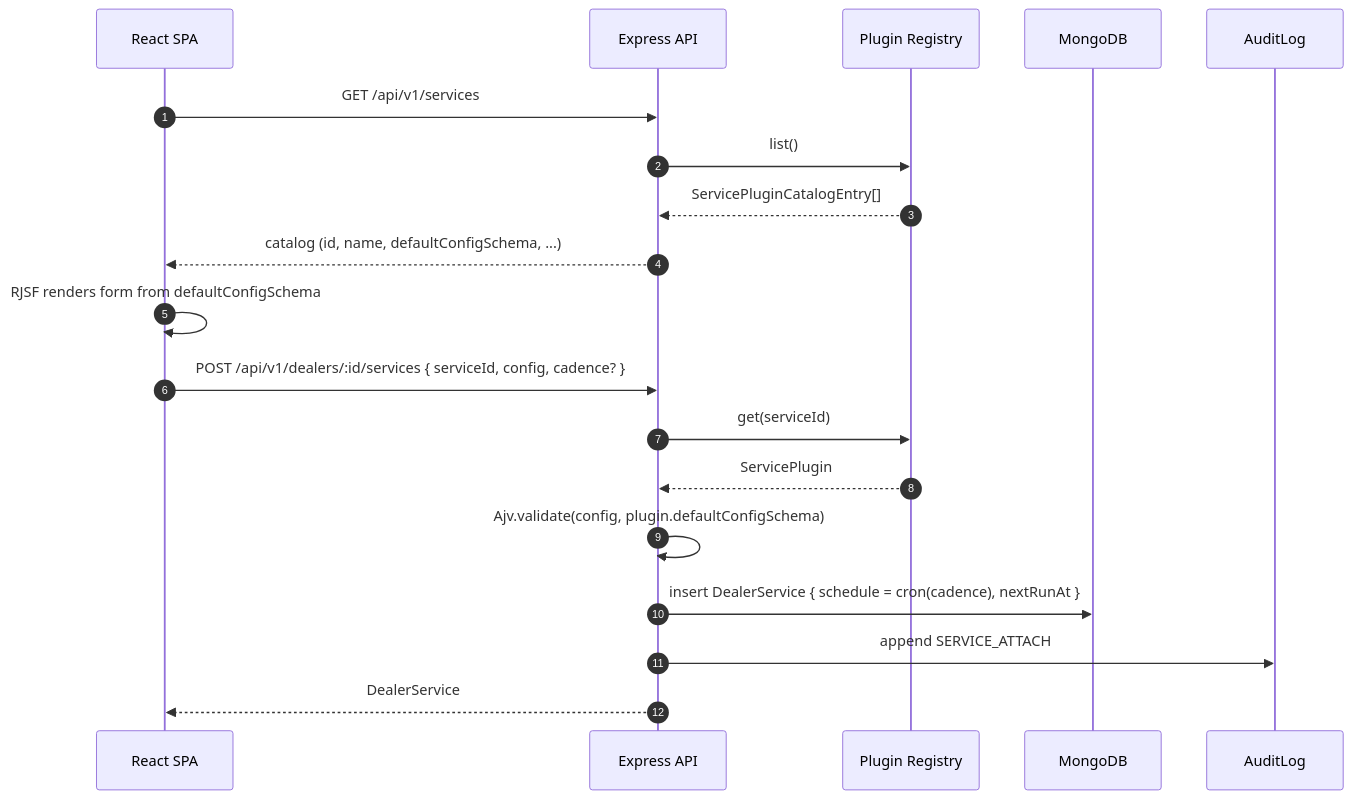
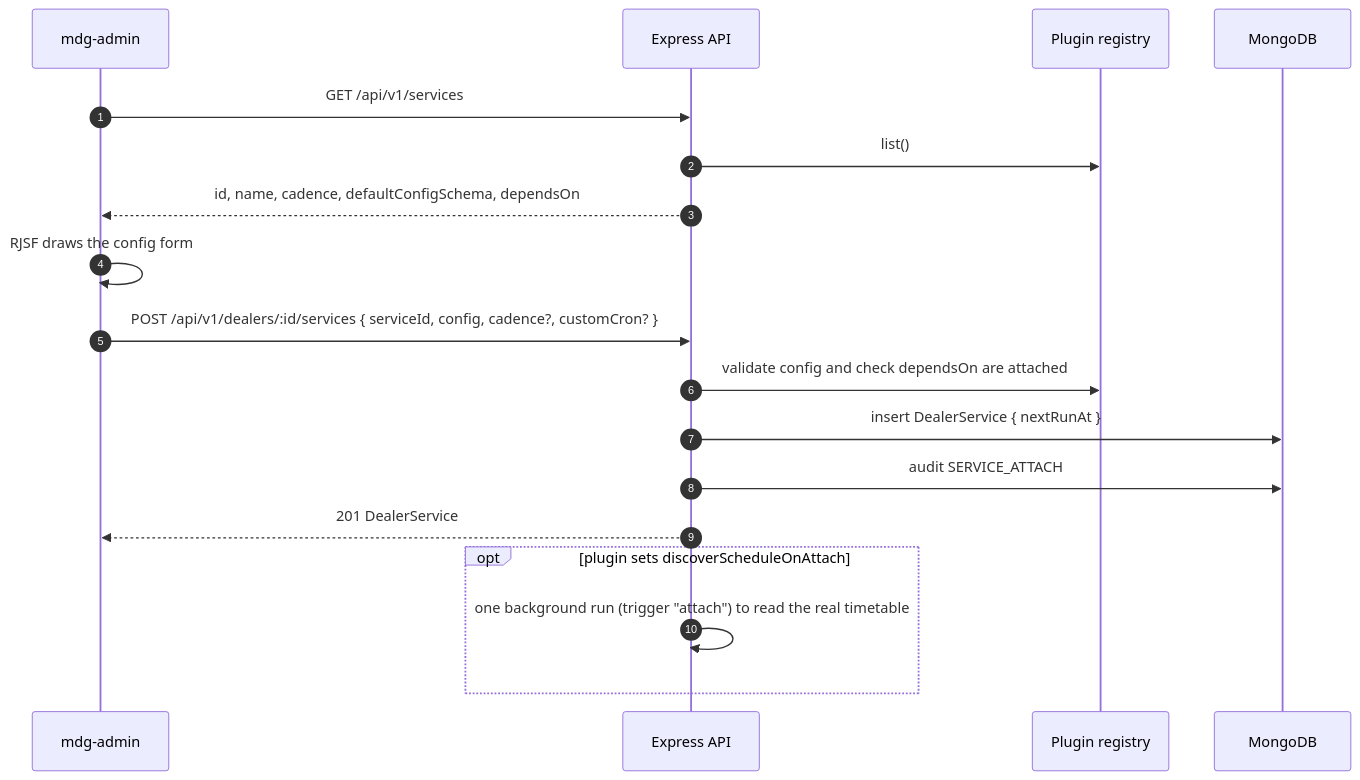
Before and after one commit to dimssu/mdg-service: the third of 4 diagrams in ARCHITECTURE.md, drawn with Mermaid. The commit also changed other lines of this file and 57 other files, not shown here.

````diff
--- a/ARCHITECTURE.md
+++ b/ARCHITECTURE.md
@@ -75,22 +199,21 @@
 ```mermaid
 sequenceDiagram
     autonumber
-    participant FE as React SPA
+    participant AD as mdg-admin
     participant API as Express API
-    participant REG as Plugin Registry
+    participant REG as Plugin registry
     participant DB as MongoDB
-    participant AUD as AuditLog
 
-    FE->>API: GET /api/v1/services
+    AD->>API: GET /api/v1/services
     API->>REG: list()
-    REG-->>API: ServicePluginCatalogEntry[]
-    API-->>FE: catalog (id, name, defaultConfigSchema, ...)
-    FE->>FE: RJSF renders form from defaultConfigSchema
-    FE->>API: POST /api/v1/dealers/:id/services { serviceId, config, cadence? }
-    API->>REG: get(serviceId)
-    REG-->>API: ServicePlugin
-    API->>API: Ajv.validate(config, plugin.defaultConfigSchema)
-    API->>DB: insert DealerService { schedule = cron(cadence), nextRunAt }
-    API->>AUD: append SERVICE_ATTACH
-    API-->>FE: DealerService
+    API-->>AD: id, name, cadence, defaultConfigSchema, dependsOn
+    AD->>AD: RJSF draws the config form
+    AD->>API: POST /api/v1/dealers/:id/services { serviceId, config, cadence?, customCron? }
+    API->>REG: validate config and check dependsOn are attached
+    API->>DB: insert DealerService { nextRunAt }
+    API->>DB: audit SERVICE_ATTACH
+    API-->>AD: 201 DealerService
+    opt plugin sets discoverScheduleOnAttach
+        API->>API: one background run (trigger "attach") to read the real timetable
+    end
 ```
````
